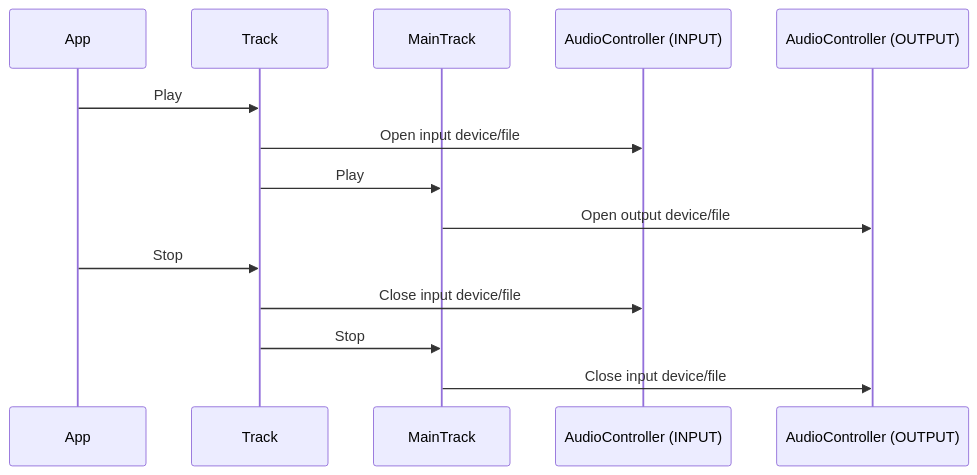
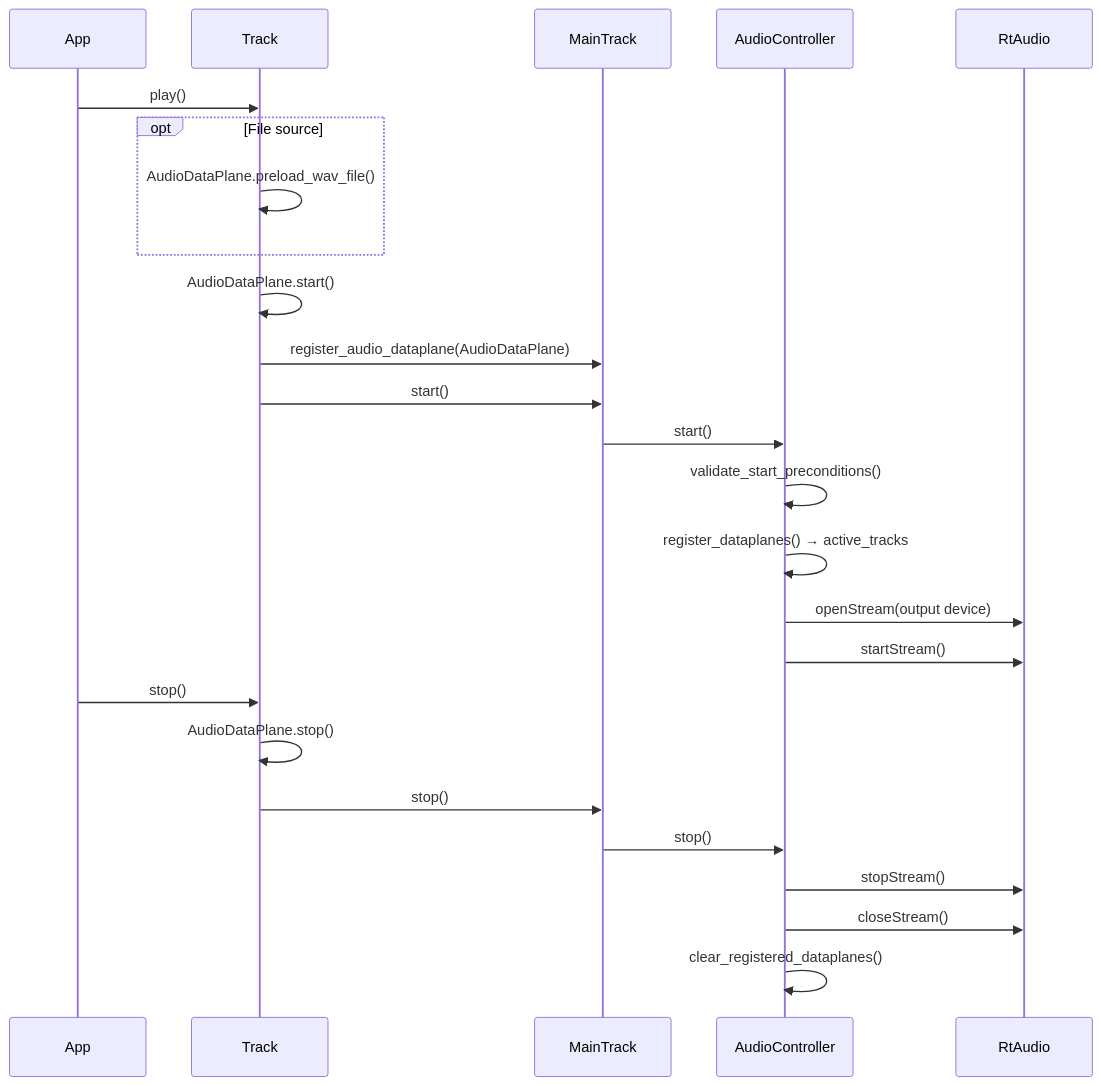
Before and after one commit to aidan-clyens/miniaudioengine: diagram 15 of 18 in docs/DESIGN_DOC.md, drawn with Mermaid. The commit also changed other lines of this file, not shown here.

````diff
--- a/docs/DESIGN_DOC.md
+++ b/docs/DESIGN_DOC.md
@@ -474,19 +542,31 @@
 ```mermaid
 sequenceDiagram
 
     participant App
     participant Track
     participant MainTrack
-    participant AudioController (INPUT)
-    participant AudioController (OUTPUT)
+    participant AudioController
+    participant RtAudio
 
-    App->>Track: Play
-    Track->>AudioController (INPUT): Open input device/file
-    Track->>MainTrack: Play
-    MainTrack->>AudioController (OUTPUT): Open output device/file
+    App->>Track: play()
 
-    App->>Track: Stop
-    Track->>AudioController (INPUT): Close input device/file
-    Track->>MainTrack: Stop
-    MainTrack->>AudioController (OUTPUT): Close input device/file
+    opt File source
+        Track->>Track: AudioDataPlane.preload_wav_file()
+    end
+    Track->>Track: AudioDataPlane.start()
+    Track->>MainTrack: register_audio_dataplane(AudioDataPlane)
+    Track->>MainTrack: start()
+    MainTrack->>AudioController: start()
+    AudioController->>AudioController: validate_start_preconditions()
+    AudioController->>AudioController: register_dataplanes() → active_tracks
+    AudioController->>RtAudio: openStream(output device)
+    AudioController->>RtAudio: startStream()
+
+    App->>Track: stop()
+    Track->>Track: AudioDataPlane.stop()
+    Track->>MainTrack: stop()
+    MainTrack->>AudioController: stop()
+    AudioController->>RtAudio: stopStream()
+    AudioController->>RtAudio: closeStream()
+    AudioController->>AudioController: clear_registered_dataplanes()
 ```
````
